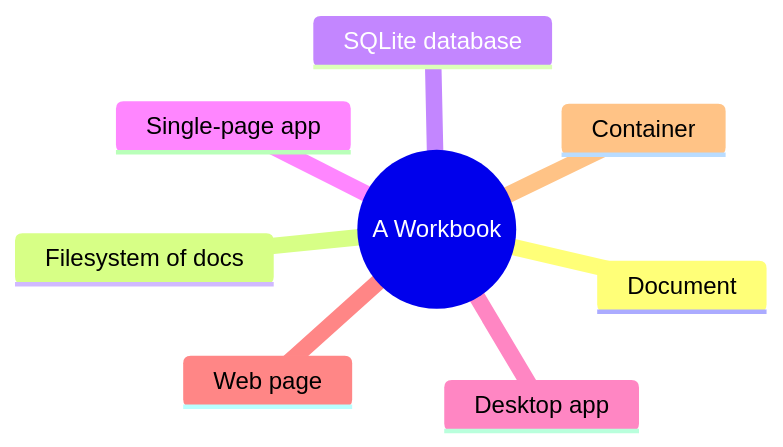
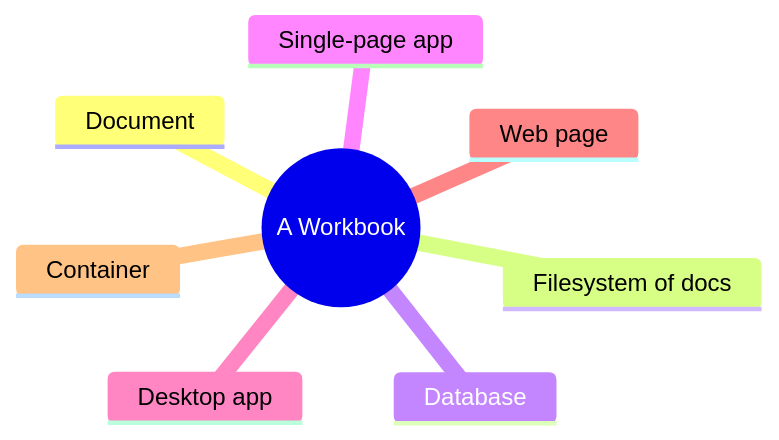
The second of 5 diagrams in README.md (workbooks-sh/workbooks.sh), drawn with Mermaid before and after one commit. The commit also changed other lines of this file, not shown here.

Commit message:
docs(readme): emphasize runtime multi-tenancy (build for yourself → everyone else); mindmap 'Database' not 'SQLite database'

````diff
--- a/README.md
+++ b/README.md
@@ -66,11 +66,11 @@
 ```mermaid
 mindmap
   root((A Workbook))
     Document
     Filesystem of docs
-    SQLite database
+    Database
     Single-page app
     Desktop app
     Web page
     Container
 ```
````
